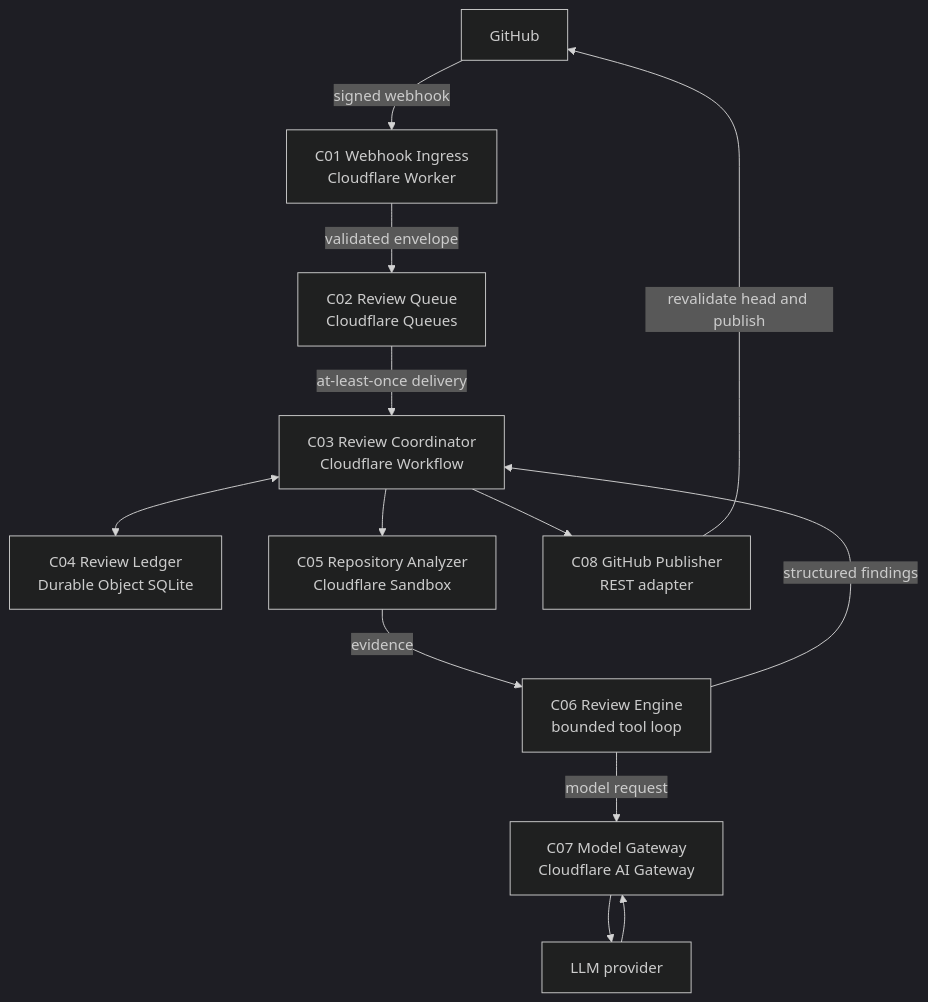
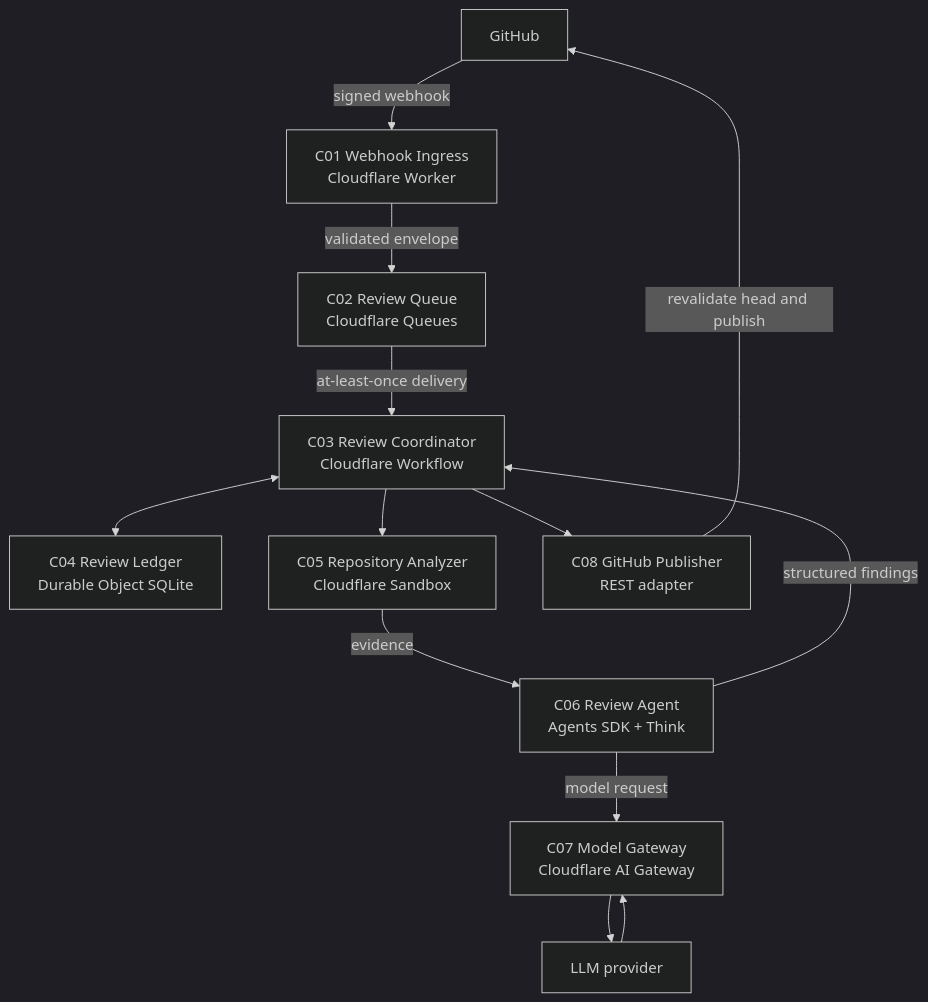
One commit to ThiagoCrepequer/holon changed the diagram in docs/architecture/container-view.md. Above: the diagram before and after it, drawn with Mermaid (dark theme). The commit also changed other lines of this file and 11 other files, not shown here.

First line of the commit message:
docs: align review architecture and operations with Think

````diff
--- a/docs/architecture/container-view.md
+++ b/docs/architecture/container-view.md
@@ -21,26 +21,26 @@
 ```mermaid
 flowchart TD
     GH[GitHub]
     C01[C01 Webhook Ingress<br/>Cloudflare Worker]
     C02[C02 Review Queue<br/>Cloudflare Queues]
     C03[C03 Review Coordinator<br/>Cloudflare Workflow]
     C04[C04 Review Ledger<br/>Durable Object SQLite]
     C05[C05 Repository Analyzer<br/>Cloudflare Sandbox]
-    C06[C06 Review Engine<br/>bounded tool loop]
+    C06[C06 Review Agent<br/>Agents SDK + Think]
     C07[C07 Model Gateway<br/>Cloudflare AI Gateway]
     C08[C08 GitHub Publisher<br/>REST adapter]
     MODEL[LLM provider]
 
     GH -->|signed webhook| C01
     C01 -->|validated envelope| C02
     C02 -->|at-least-once delivery| C03
     C03 <--> C04
     C03 --> C05
     C05 -->|evidence| C06
     C06 -->|model request| C07
     C07 --> MODEL
     MODEL --> C07
     C06 -->|structured findings| C03
     C03 --> C08
     C08 -->|revalidate head and publish| GH
 ```
````
